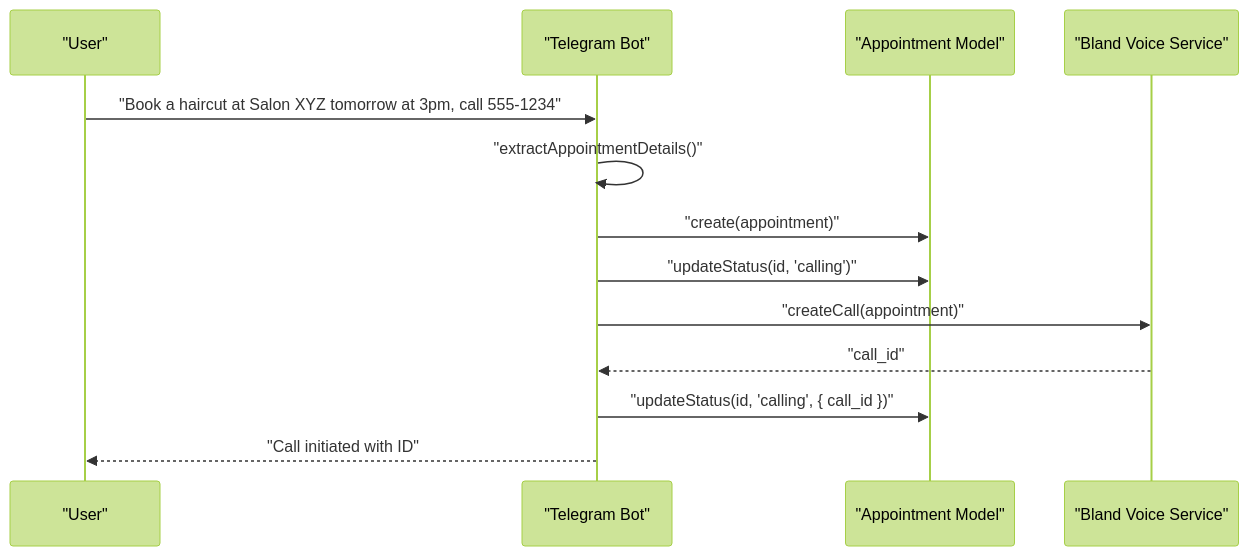
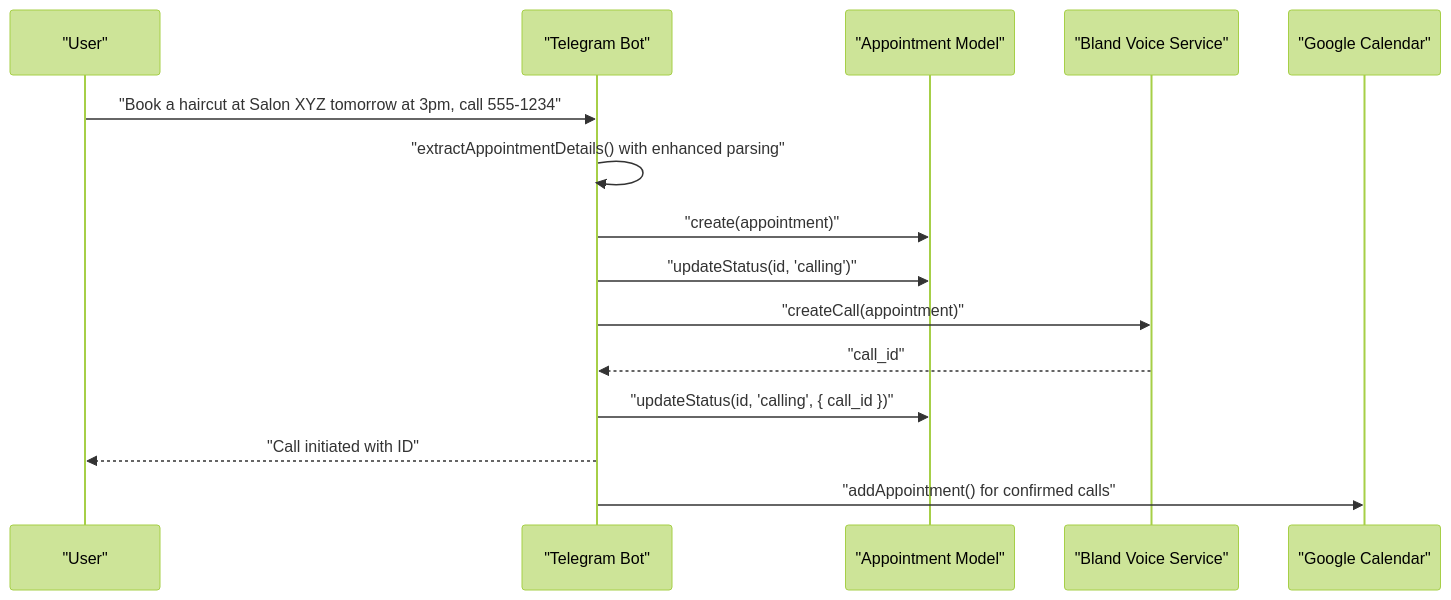
The fifth of 8 diagrams in .qoder/repowiki/en/content/Core Components/Voice Service Integration.md (Armanda888/appointment-voice-agent), drawn with Mermaid (forest theme) before and after one commit. The commit also changed other lines of this file and 10 other files, not shown here.

````diff
--- a/.qoder/repowiki/en/content/Core Components/Voice Service Integration.md
+++ b/.qoder/repowiki/en/content/Core Components/Voice Service Integration.md
@@ -224,15 +250,17 @@
 ```mermaid
 sequenceDiagram
 participant User as "User"
 participant Bot as "Telegram Bot"
 participant DB as "Appointment Model"
 participant Voice as "Bland Voice Service"
+participant Calendar as "Google Calendar"
 User->>Bot : "Book a haircut at Salon XYZ tomorrow at 3pm, call 555-1234"
-Bot->>Bot : "extractAppointmentDetails()"
+Bot->>Bot : "extractAppointmentDetails() with enhanced parsing"
 Bot->>DB : "create(appointment)"
 Bot->>DB : "updateStatus(id, 'calling')"
 Bot->>Voice : "createCall(appointment)"
 Voice-->>Bot : "call_id"
 Bot->>DB : "updateStatus(id, 'calling', { call_id })"
 Bot-->>User : "Call initiated with ID"
+Bot->>Calendar : "addAppointment() for confirmed calls"
 ```
````
